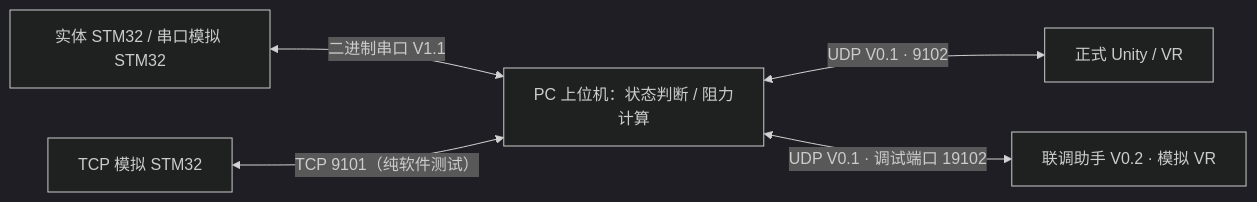
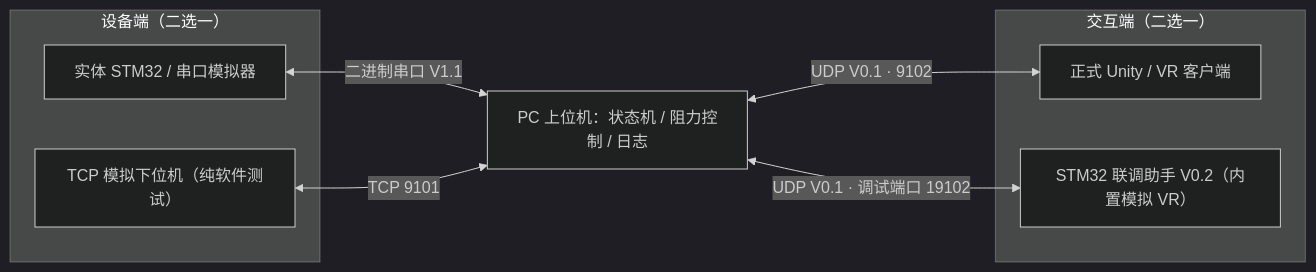
The diagram in README.md (Ihtbfas/armwrestling), drawn with Mermaid (dark theme) before and after one commit. The commit also changed other lines of this file, not shown here.

````diff
--- a/README.md
+++ b/README.md
@@ -20,7 +32,19 @@
 ```mermaid
 flowchart LR
-    Board["实体 STM32 / 串口模拟 STM32"] <-->|"二进制串口 V1.1"| PC["PC 上位机：状态判断 / 阻力计算"]
-    Mock["TCP 模拟 STM32"] <-->|"TCP 9101（纯软件测试）"| PC
-    PC <-->|"UDP V0.1 · 9102"| VR["正式 Unity / VR"]
-    PC <-->|"UDP V0.1 · 调试端口 19102"| GUI["联调助手 V0.2 · 模拟 VR"]
+    subgraph Hardware["设备端（二选一）"]
+        Board["实体 STM32 / 串口模拟器"]
+        Mock["TCP 模拟下位机（纯软件测试）"]
+    end
+
+    PC["PC 上位机：状态机 / 阻力控制 / 日志"]
+
+    subgraph Client["交互端（二选一）"]
+        VR["正式 Unity / VR 客户端"]
+        GUI["STM32 联调助手 V0.2（内置模拟 VR）"]
+    end
+
+    Board <-->|"二进制串口 V1.1"| PC
+    Mock <-->|"TCP 9101"| PC
+    PC <-->|"UDP V0.1 · 9102"| VR
+    PC <-->|"UDP V0.1 · 调试端口 19102"| GUI
 ```
````
